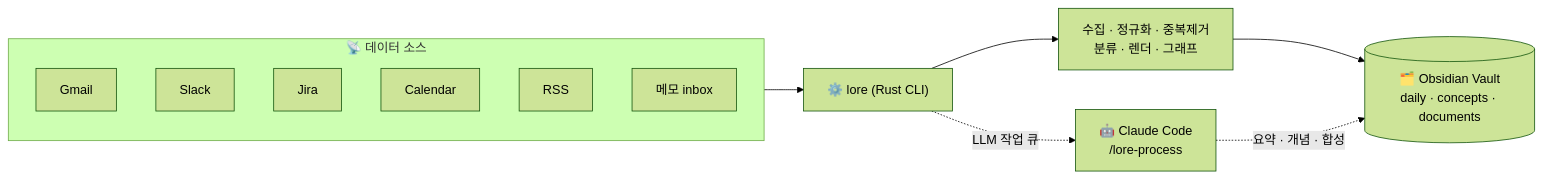
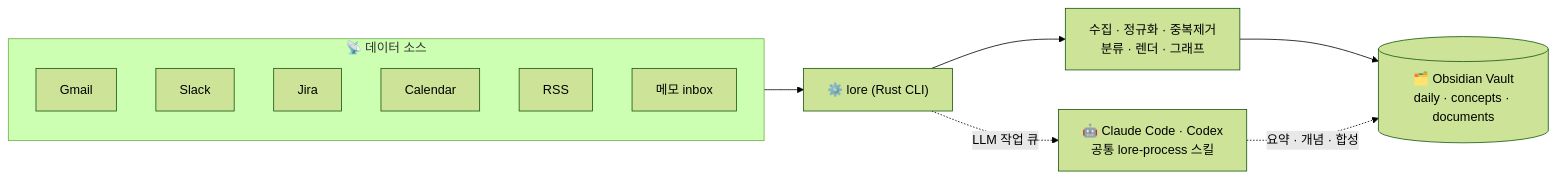
The first of 3 diagrams in README.md (junyeong-ai/lorekeeper), drawn with Mermaid (forest theme) before and after one commit. The commit also changed other lines of this file and 47 other files, not shown here.

````diff
--- a/README.md
+++ b/README.md
@@ -36,17 +36,17 @@
 ```mermaid
 flowchart LR
     subgraph SRC["📡 데이터 소스"]
         direction TB
         G["Gmail"]
         S["Slack"]
         J["Jira"]
         C["Calendar"]
         R["RSS"]
         M["메모 inbox"]
     end
     SRC --> L["⚙️ lore (Rust CLI)"]
     L --> P["수집 · 정규화 · 중복제거<br/>분류 · 렌더 · 그래프"]
     P --> V[("🗂️ Obsidian Vault<br/>daily · concepts · documents")]
-    L -. "LLM 작업 큐" .-> CC["🤖 Claude Code<br/>/lore-process"]
+    L -. "LLM 작업 큐" .-> CC["🤖 Claude Code · Codex<br/>공통 lore-process 스킬"]
     CC -. "요약 · 개념 · 합성" .-> V
 ```
````
